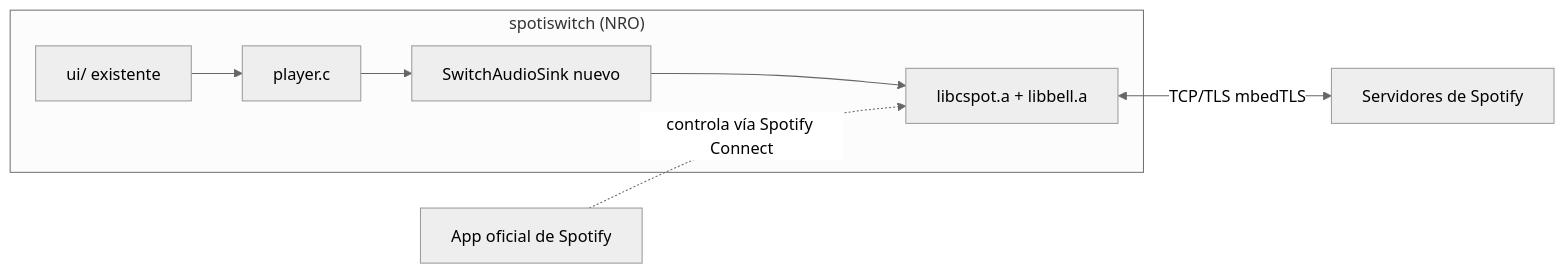
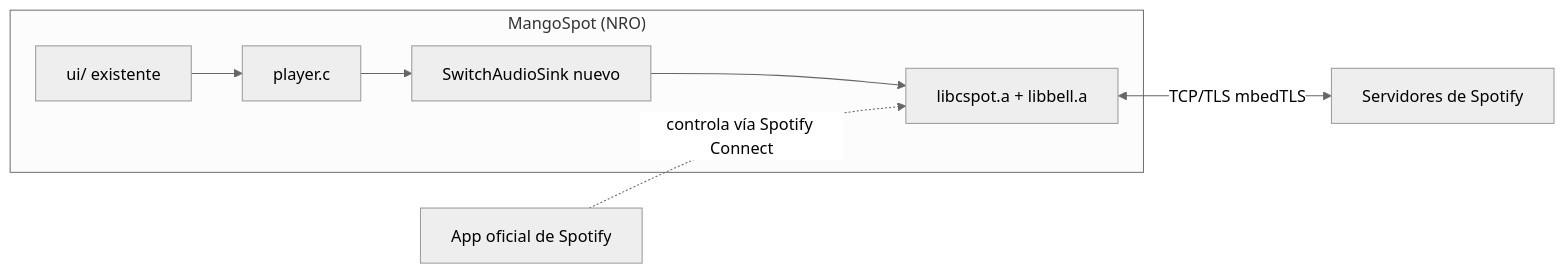
Before and after one commit to TMang0/MangoSpot: the diagram in SPOTIFY_INTEGRATION.md, drawn with Mermaid (neutral theme). The commit also changed other lines of this file and 7 other files, not shown here.

Commit message:
Rename project spotiswitch -> MangoSpot

````diff
--- a/SPOTIFY_INTEGRATION.md
+++ b/SPOTIFY_INTEGRATION.md
@@ -19,10 +19,10 @@
 ```mermaid
 flowchart LR
-    subgraph Switch["spotiswitch (NRO)"]
+    subgraph Switch["MangoSpot (NRO)"]
         UI[ui/ existente] --> Player[player.c]
         Player --> Sink[SwitchAudioSink nuevo]
         Sink --> cspot[libcspot.a + libbell.a]
     end
     cspot <--> |TCP/TLS mbedTLS| Spotify[Servidores de Spotify]
     Phone[App oficial de Spotify] -. controla vía Spotify Connect .-> cspot
 ```
````
